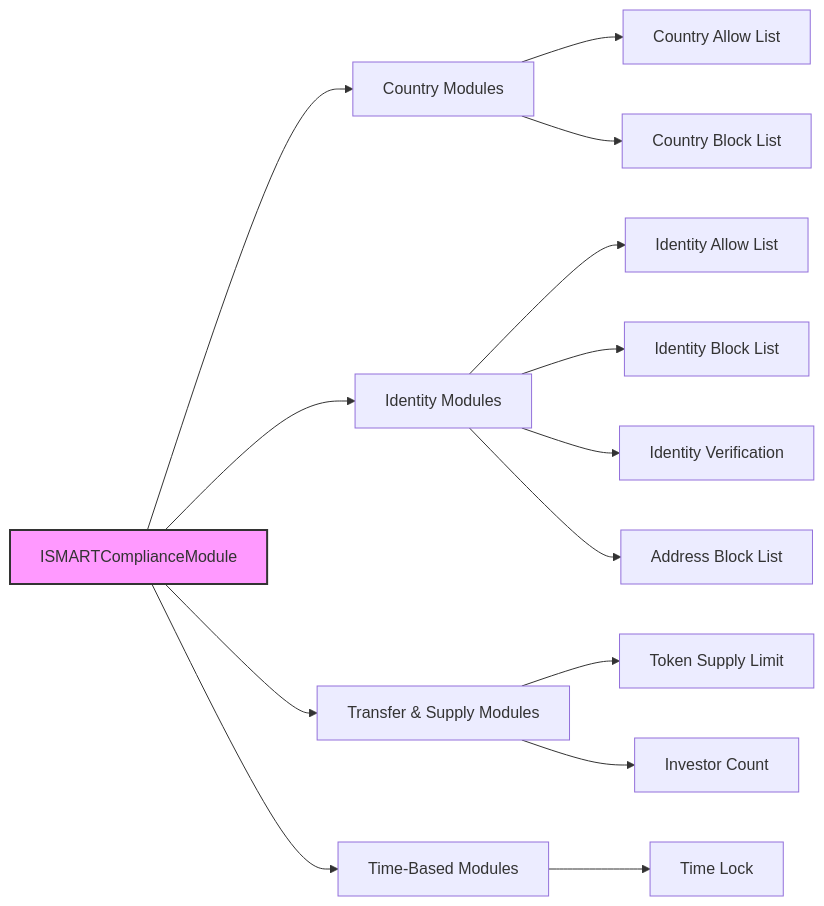
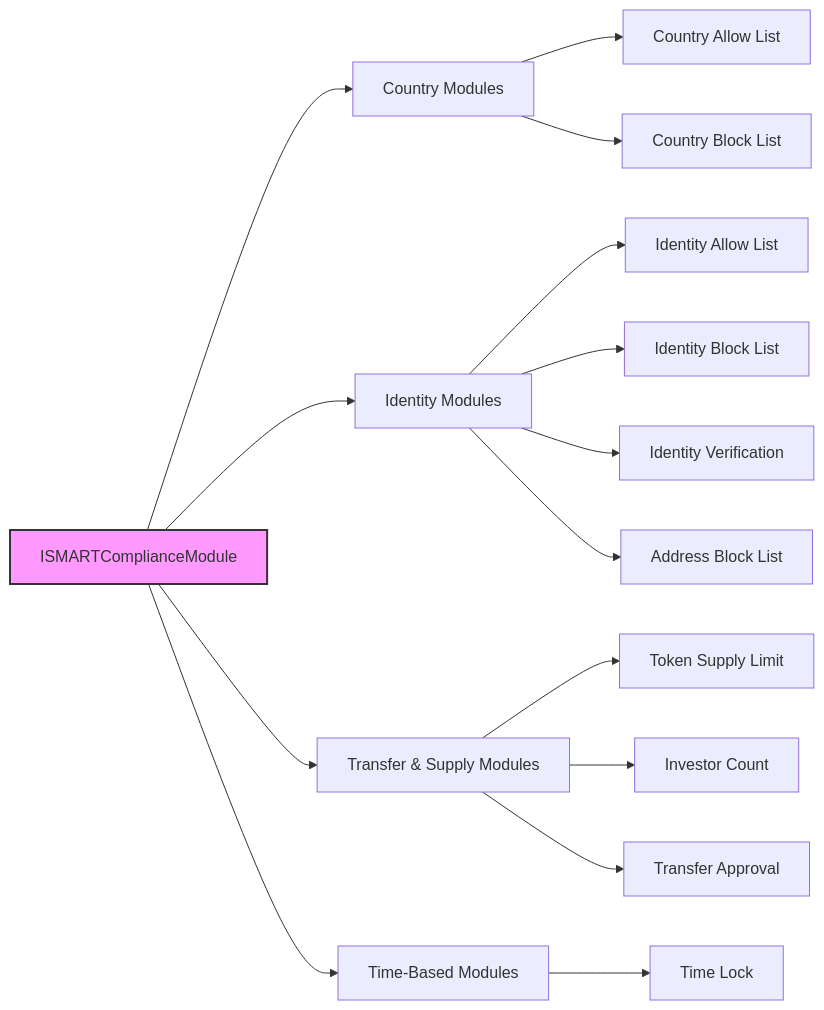
The second of 2 diagrams in kit/contracts/contracts/smart/modules/README.md (settlemint/asset-tokenization-kit), drawn with Mermaid before and after one commit. The commit also changed other lines of this file and 2 other files, not shown here.

````diff
--- a/kit/contracts/contracts/smart/modules/README.md
+++ b/kit/contracts/contracts/smart/modules/README.md
@@ -57,22 +64,23 @@
 ```mermaid
 graph LR
     Base[ISMARTComplianceModule] --> Country[Country Modules]
     Base --> Identity[Identity Modules]
     Base --> Transfer[Transfer & Supply Modules]
     Base --> Time[Time-Based Modules]
 
     Country --> CA[Country Allow List]
     Country --> CB[Country Block List]
 
     Identity --> IA[Identity Allow List]
     Identity --> IB[Identity Block List]
     Identity --> IV[Identity Verification]
     Identity --> AB[Address Block List]
 
     Transfer --> TL[Token Supply Limit]
     Transfer --> IC[Investor Count]
+    Transfer --> TA[Transfer Approval]
 
     Time --> TLock[Time Lock]
 
     style Base fill:#f9f,stroke:#333,stroke-width:2px
 ```
````
